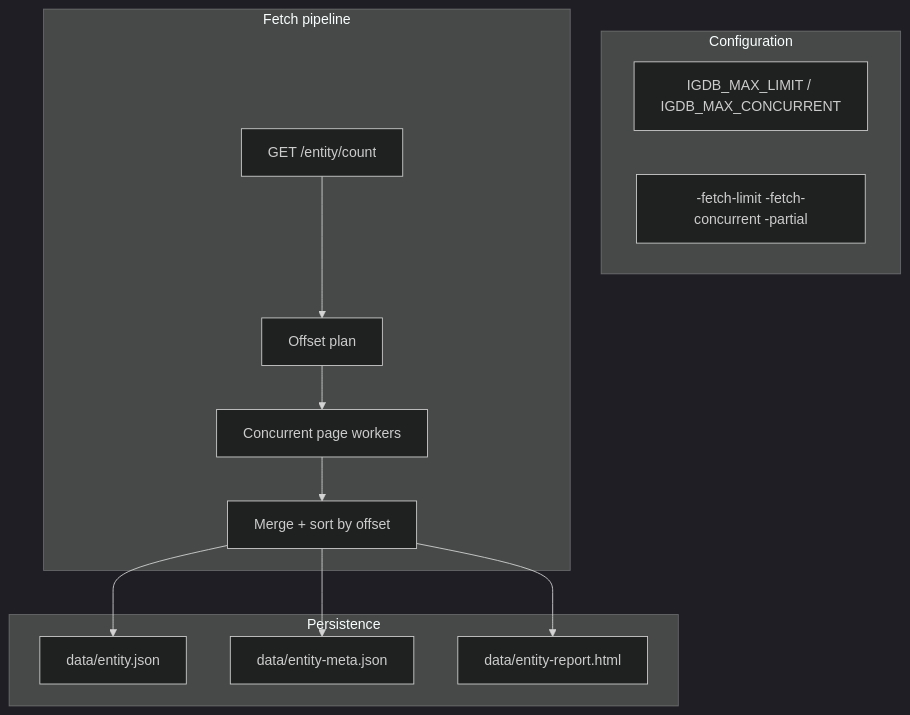
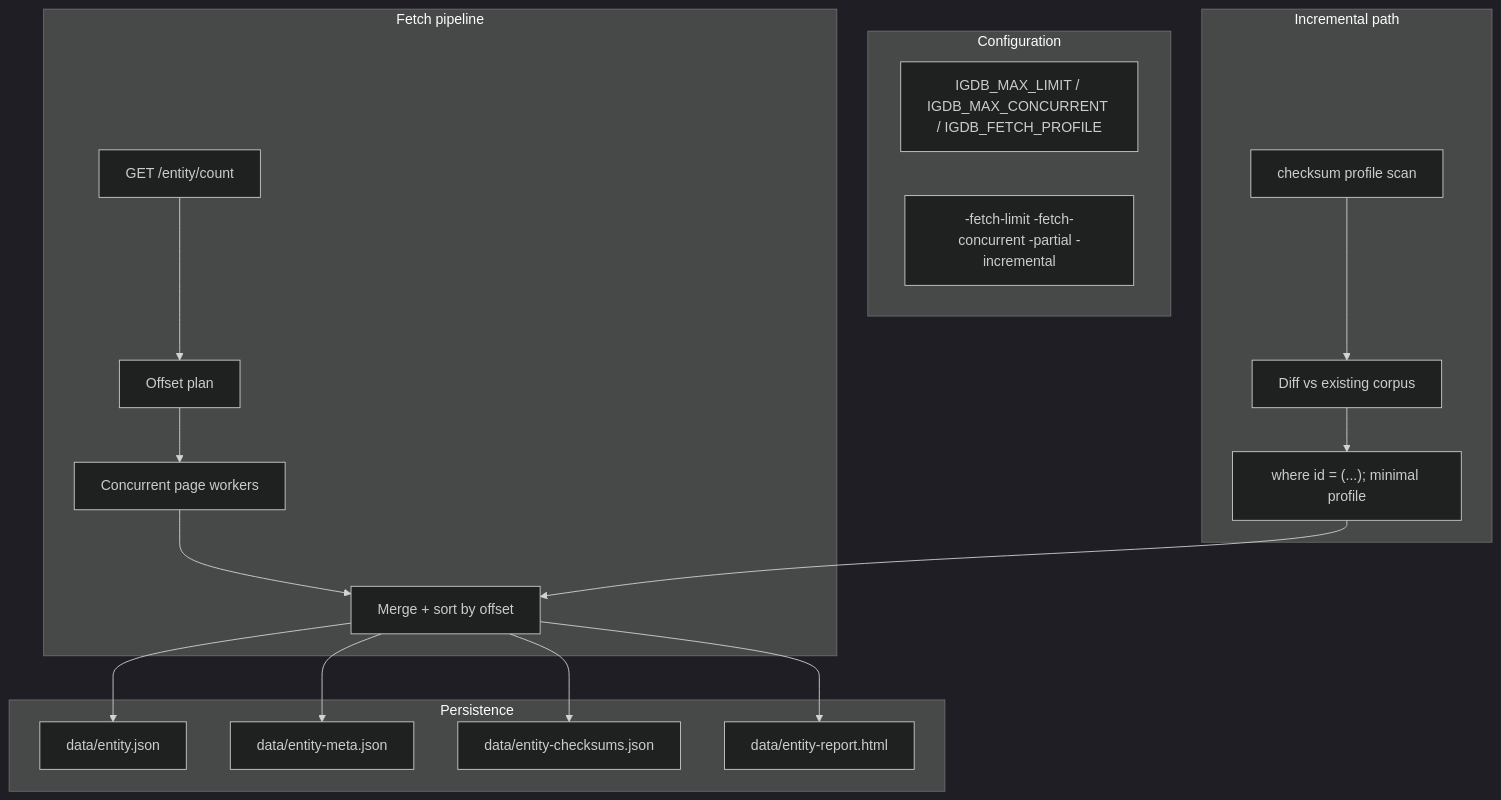
The diagram in planning/FETCH-ROBUSTNESS.md (ridespirals/vargames-name-gen), drawn with Mermaid (dark theme) before and after one commit. The commit also changed other lines of this file and 16 other files, not shown here.

Commit message:
fetch profiles and incremental refetch

````diff
--- a/planning/FETCH-ROBUSTNESS.md
+++ b/planning/FETCH-ROBUSTNESS.md
@@ -19,24 +21,33 @@
 ```mermaid
 flowchart TB
   subgraph config [Configuration]
-    Env[IGDB_MAX_LIMIT / IGDB_MAX_CONCURRENT]
-    Flags[-fetch-limit -fetch-concurrent -partial]
+    Env[IGDB_MAX_LIMIT / IGDB_MAX_CONCURRENT / IGDB_FETCH_PROFILE]
+    Flags[-fetch-limit -fetch-concurrent -partial -incremental]
   end
 
   subgraph fetch [Fetch pipeline]
     Count["GET /entity/count"]
     Plan[Offset plan]
     Workers[Concurrent page workers]
     Merge[Merge + sort by offset]
     Count --> Plan --> Workers --> Merge
   end
 
+  subgraph incremental [Incremental path]
+    Scan[checksum profile scan]
+    Diff[Diff vs existing corpus]
+    Pull["where id = (...); minimal profile"]
+    Scan --> Diff --> Pull --> Merge
+  end
+
   subgraph persist [Persistence]
     JSON[data/entity.json]
     Meta[data/entity-meta.json]
+    Checksums[data/entity-checksums.json]
     Report[data/entity-report.html]
     Merge --> JSON
     Merge --> Meta
+    Merge --> Checksums
     Merge --> Report
   end
 ```
````
